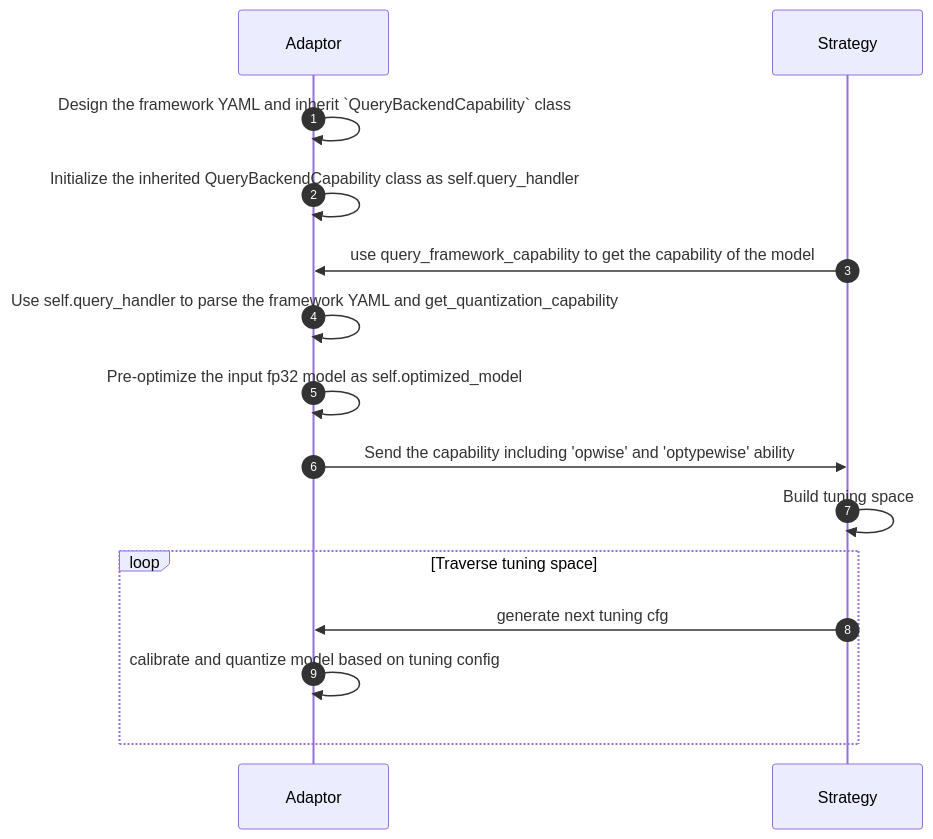
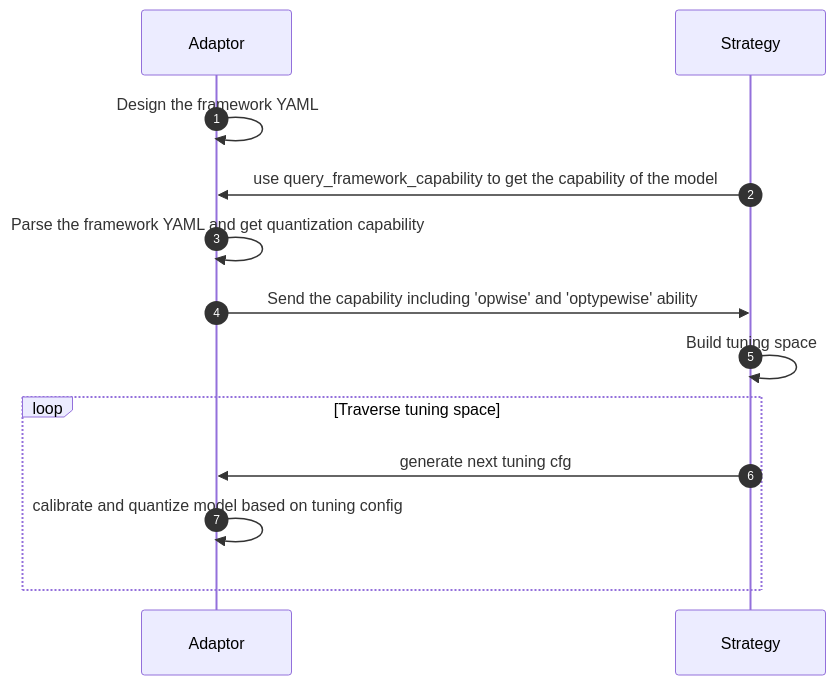
The diagram in docs/source/add_new_adaptor.md (intel/neural-compressor), drawn with Mermaid before and after one commit. The commit also changed other lines of this file, not shown here.

````diff
--- a/docs/source/add_new_adaptor.md
+++ b/docs/source/add_new_adaptor.md
@@ -23,17 +22,15 @@
 ```mermaid
   sequenceDiagram
   	autonumber
   	autonumber
-    Adaptor ->> Adaptor: Design the framework YAML and inherit `QueryBackendCapability` class
-    Adaptor ->> Adaptor: Initialize the inherited QueryBackendCapability class as self.query_handler
+    Adaptor ->> Adaptor: Design the framework YAML
     Strategy ->> Adaptor: use query_framework_capability to get the capability of the model
-    Adaptor ->> Adaptor: Use self.query_handler to parse the framework YAML and get_quantization_capability
-    Adaptor ->> Adaptor: Pre-optimize the input fp32 model as self.optimized_model
+    Adaptor ->> Adaptor: Parse the framework YAML and get quantization capability
     Adaptor ->> Strategy: Send the capability including 'opwise' and 'optypewise' ability
     Strategy ->> Strategy: Build tuning space
     loop Traverse tuning space
     	Strategy->> Adaptor: generate next tuning cfg
         Adaptor ->> Adaptor: calibrate and quantize model based on tuning config
 
     end
 ```
````
